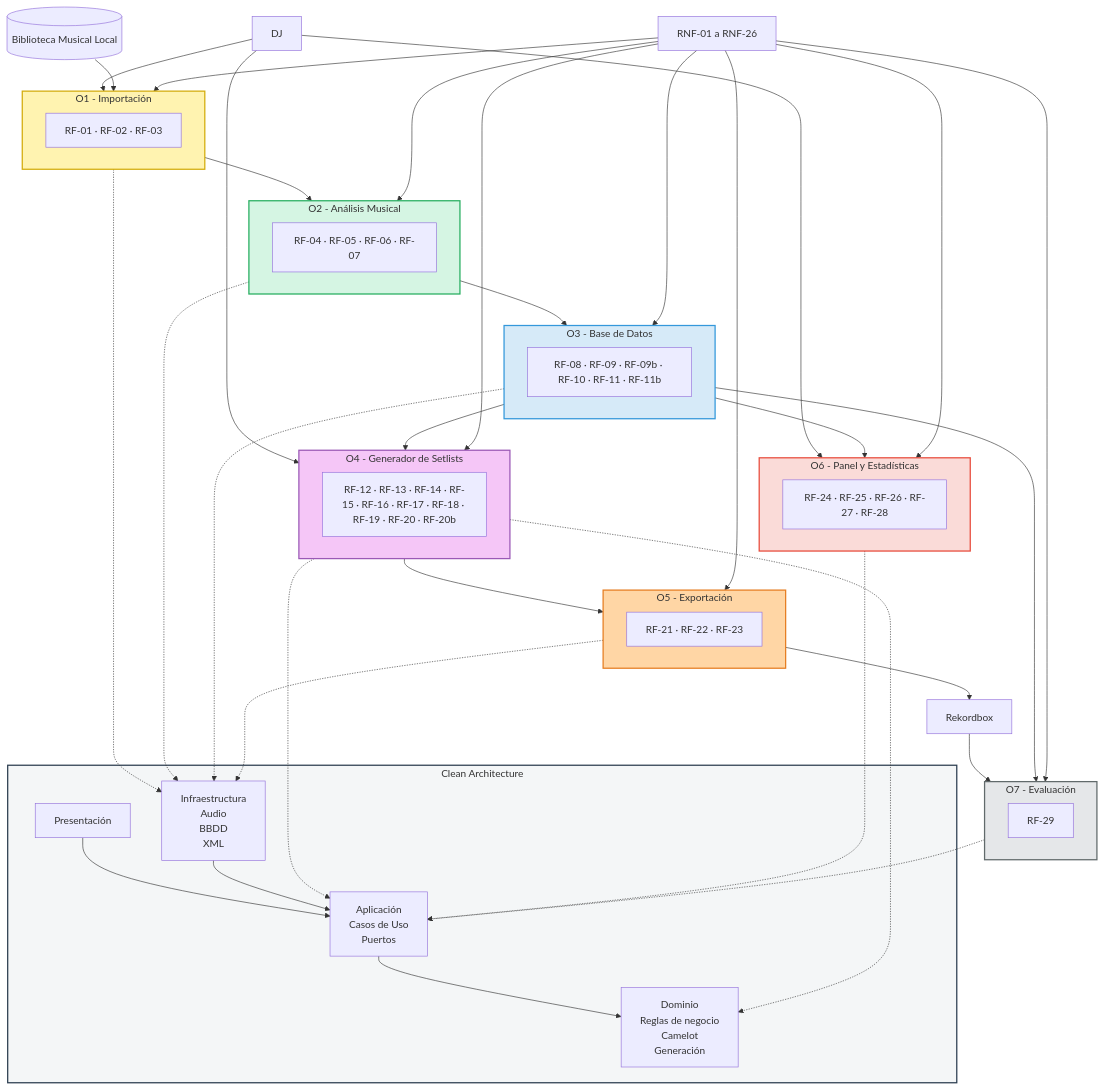
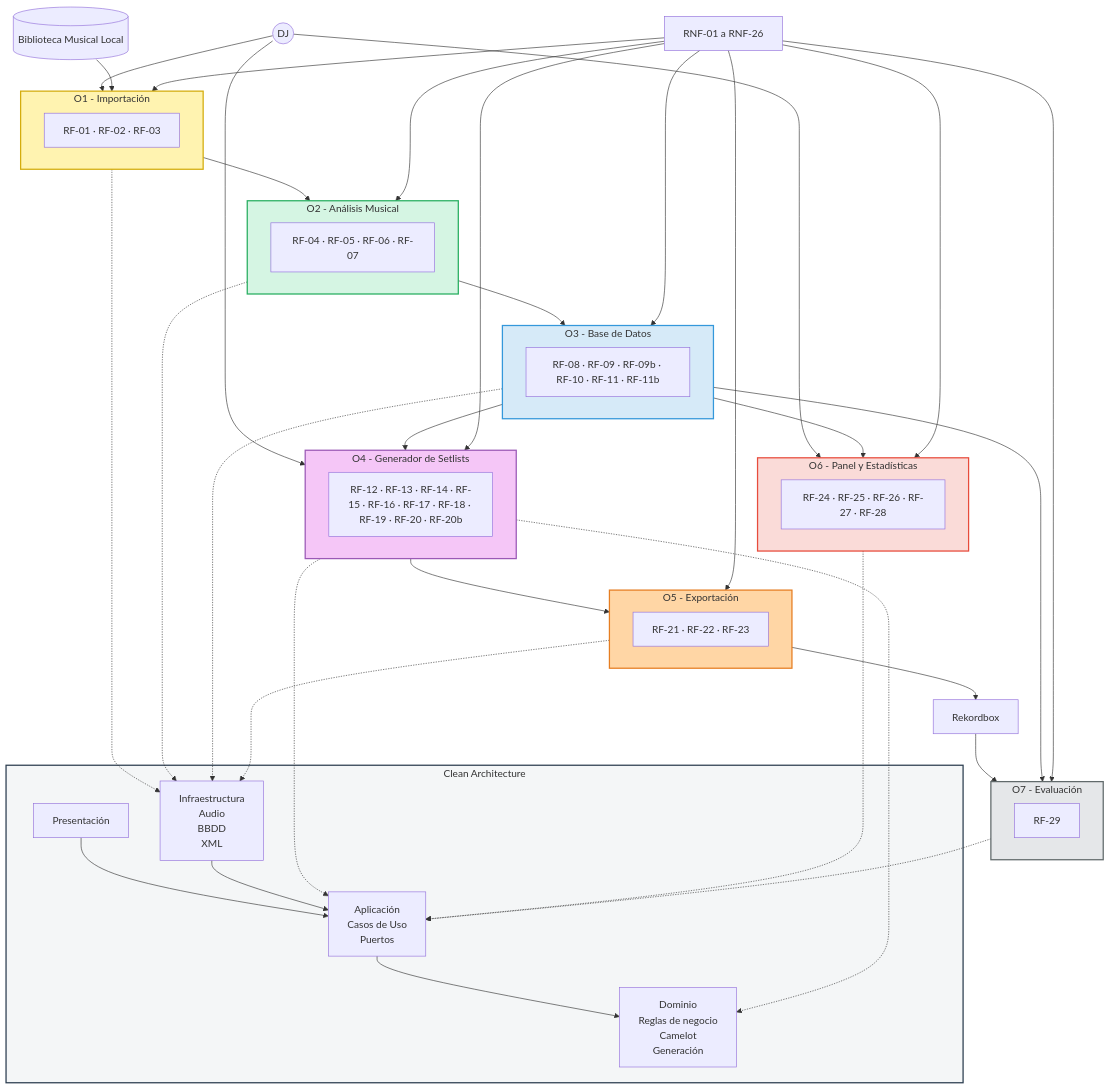
One commit to pabloo806/Trabajo-de-Fin-de-Grado changed the diagram in docs/memory/Book/diagrams/Clean-Arquitecture.md. Above: the diagram before and after it, drawn with Mermaid.

Commit message:
Update diagram syntax for DJ node in Clean Architecture

````diff
--- a/docs/memory/Book/diagrams/Clean-Arquitecture.md
+++ b/docs/memory/Book/diagrams/Clean-Arquitecture.md
@@ -1,7 +1,7 @@
 ```mermaid
 flowchart TB
 
-    DJ[DJ]
+    DJ((DJ))
 
     FS[(Biblioteca Musical Local)]
     RB[Rekordbox]
````
